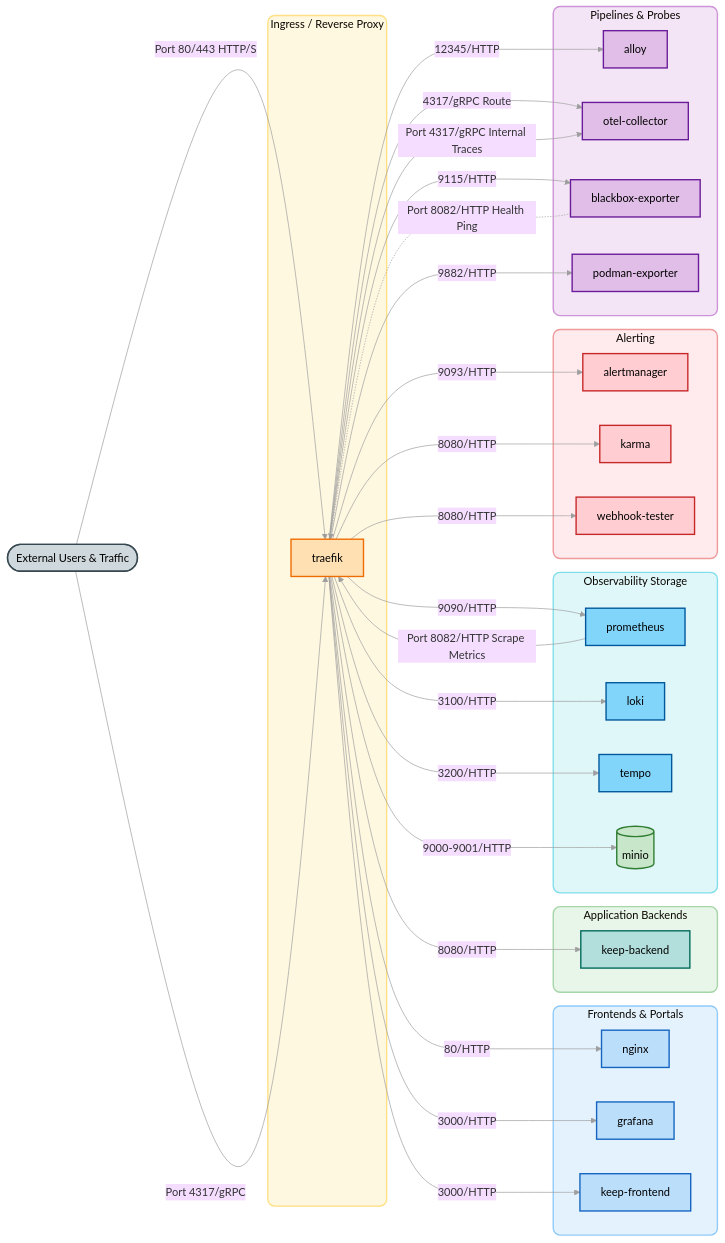
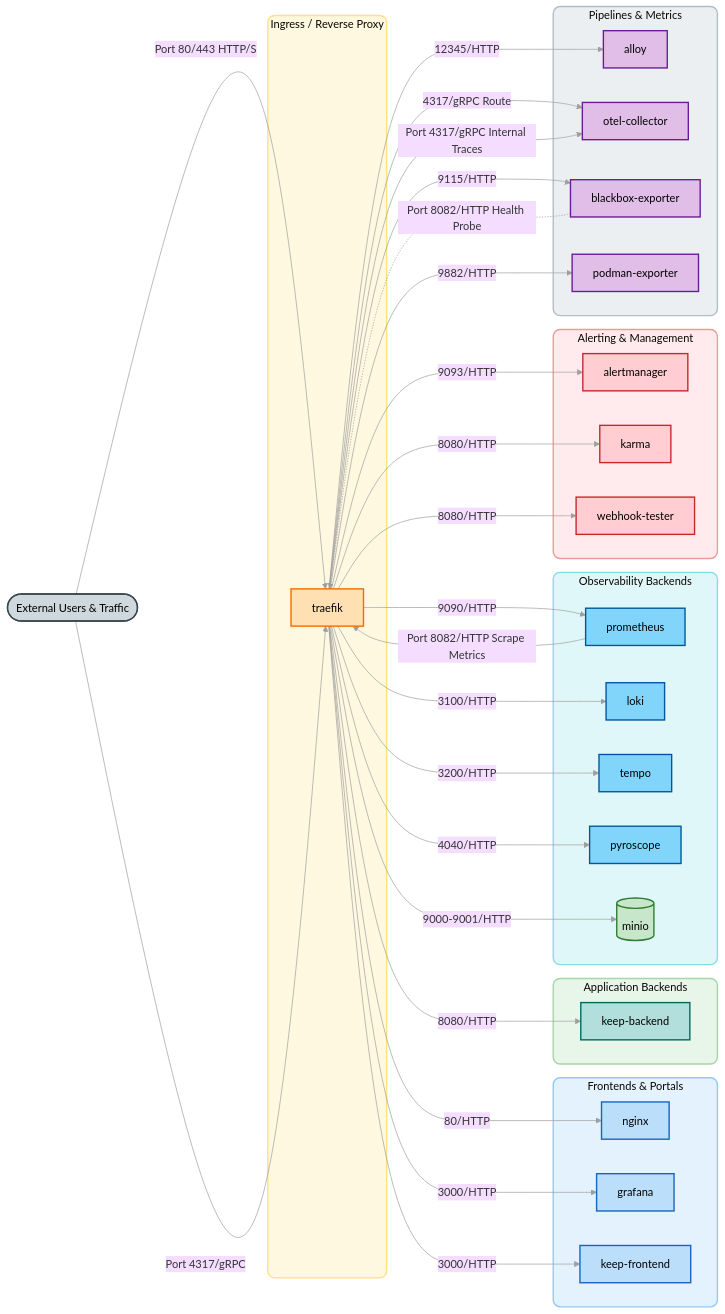
The diagram in mermaid/traefik-detailed-diagram.mmd (tedsluis/monitoring), drawn with Mermaid before and after one commit. The commit also changed 23 other files, not shown here.

Commit message:
added mermaid diagrams, screenshots, comments and index tiles.

```diff
--- a/mermaid/traefik-detailed-diagram.mmd
+++ b/mermaid/traefik-detailed-diagram.mmd
@@ -1,85 +1,87 @@
 %%{init: {'theme': 'base', 'themeVariables': { 'lineColor': '#9e9e9e' }}}%%
 flowchart LR
 %% Native Mermaid Styling (No HTML) - Node Classes
 classDef extNode fill:#cfd8dc,stroke:#37474f,stroke-width:2px,color:#000000;
 classDef uiNode fill:#bbdefb,stroke:#1565c0,stroke-width:2px,color:#000000;
 classDef appNode fill:#b2dfdb,stroke:#00695c,stroke-width:2px,color:#000000;
 classDef obsNode fill:#81d4fa,stroke:#01579b,stroke-width:2px,color:#000000;
 classDef dbNode fill:#c8e6c9,stroke:#2e7d32,stroke-width:2px,color:#000000;
 classDef proxyNode fill:#ffe0b2,stroke:#ef6c00,stroke-width:2px,color:#000000;
 classDef alertNode fill:#ffcdd2,stroke:#c62828,stroke-width:2px,color:#000000;
 classDef collectNode fill:#e1bee7,stroke:#6a1b9a,stroke-width:2px,color:#000000;
 
 External([External Users & Traffic]):::extNode
 
 %% Core Component
 subgraph Ingress [Ingress / Reverse Proxy]
 traefik[traefik]:::proxyNode
 end
 
-%% Routed Groups
+%% Target Groups
 subgraph UIs [Frontends & Portals]
 nginx[nginx]:::uiNode
 grafana[grafana]:::uiNode
 keep_frontend[keep-frontend]:::uiNode
 end
 
 subgraph AppBackends [Application Backends]
 keep_backend[keep-backend]:::appNode
 end
 
-subgraph Observability [Observability Storage]
+subgraph Observability [Observability Backends]
 prometheus[prometheus]:::obsNode
 loki[loki]:::obsNode
 tempo[tempo]:::obsNode
+pyroscope[pyroscope]:::obsNode
 minio[(minio)]:::dbNode
 end
 
-subgraph Alerts [Alerting]
+subgraph Alerts [Alerting & Management]
 alertmanager[alertmanager]:::alertNode
 karma[karma]:::alertNode
 webhook_tester[webhook-tester]:::alertNode
 end
 
-subgraph Pipelines [Pipelines & Probes]
+subgraph Probes [Pipelines & Metrics]
 alloy[alloy]:::collectNode
 otel_collector[otel-collector]:::collectNode
 blackbox_exporter[blackbox-exporter]:::collectNode
 podman_exporter[podman-exporter]:::collectNode
 end
 
 %% External Ingress
 External -->|Port 80/443 HTTP/S| traefik
 External -->|Port 4317/gRPC| traefik
 
 %% Traefik Routing
 traefik -->|80/HTTP| nginx
 traefik -->|3000/HTTP| grafana
 traefik -->|3000/HTTP| keep_frontend
 traefik -->|8080/HTTP| keep_backend
 traefik -->|9090/HTTP| prometheus
 traefik -->|3100/HTTP| loki
 traefik -->|3200/HTTP| tempo
+traefik -->|4040/HTTP| pyroscope
 traefik -->|9000-9001/HTTP| minio
 traefik -->|9093/HTTP| alertmanager
 traefik -->|8080/HTTP| karma
 traefik -->|8080/HTTP| webhook_tester
 traefik -->|12345/HTTP| alloy
 traefik -->|9115/HTTP| blackbox_exporter
 traefik -->|9882/HTTP| podman_exporter
 traefik -->|4317/gRPC Route| otel_collector
 
 %% Traefik Internal Telemetry
 traefik -->|Port 4317/gRPC Internal Traces| otel_collector
 
 %% Prometheus Metrics & Health Probes
 prometheus -->|Port 8082/HTTP Scrape Metrics| traefik
-blackbox_exporter -.->|Port 8082/HTTP Health Ping| traefik
+blackbox_exporter -.->|Port 8082/HTTP Health Probe| traefik
 
 %% Subgraph Styling (Background blocks)
 style Ingress fill:#fff8e1,stroke:#ffe082,stroke-width:2px,rx:10,ry:10
 style UIs fill:#e3f2fd,stroke:#90caf9,stroke-width:2px,rx:10,ry:10
 style AppBackends fill:#e8f5e9,stroke:#a5d6a7,stroke-width:2px,rx:10,ry:10
 style Observability fill:#e0f7fa,stroke:#80deea,stroke-width:2px,rx:10,ry:10
 style Alerts fill:#ffebee,stroke:#ef9a9a,stroke-width:2px,rx:10,ry:10
-style Pipelines fill:#f3e5f5,stroke:#ce93d8,stroke-width:2px,rx:10,ry:10
+style Probes fill:#eceff1,stroke:#b0bec5,stroke-width:2px,rx:10,ry:10
```
